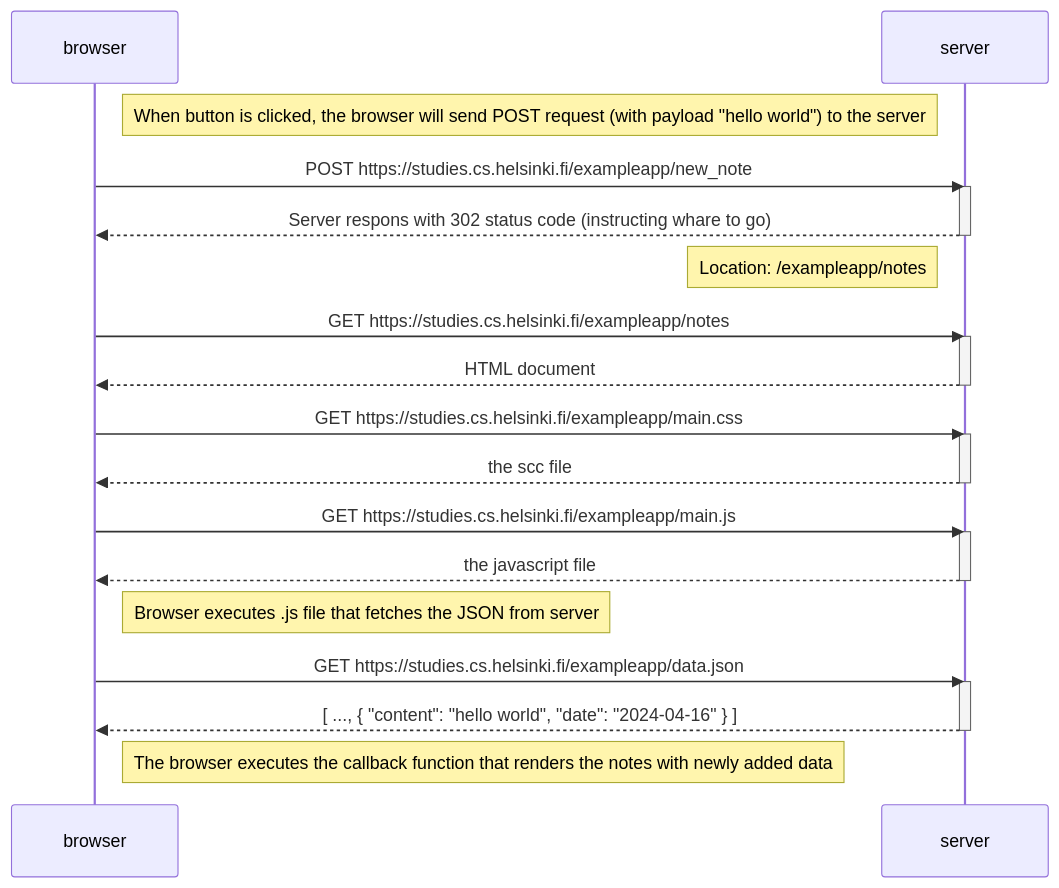
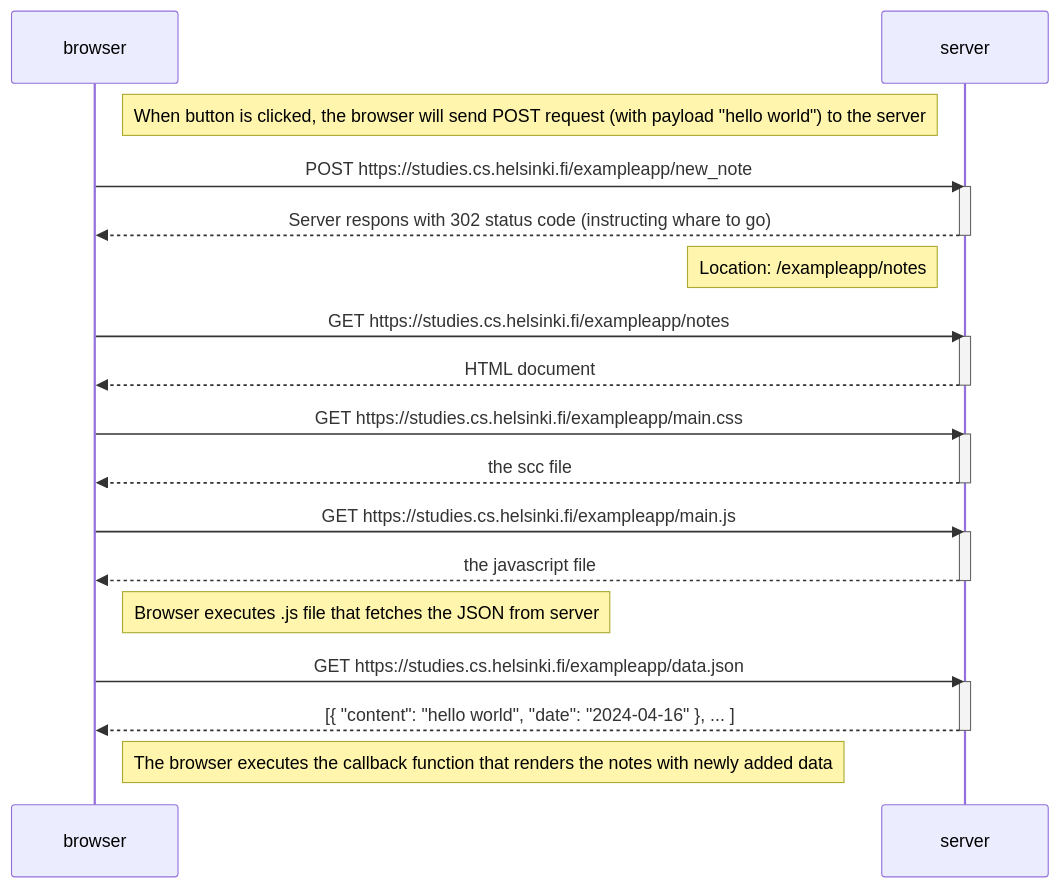
One commit to giorgiabes/full-stack-open changed the diagram in part0/newnote.md. Above: the diagram before and after it, drawn with Mermaid. The commit also changed 1 other file, not shown here.

````diff
--- a/part0/newnote.md
+++ b/part0/newnote.md
@@ -1,38 +1,38 @@
 ```mermaid
 sequenceDiagram
 participant b as browser
 participant s as server
 
 Note right of b: When button is clicked, the browser will send POST request (with payload "hello world") to the server
 
 b->>s: POST https://studies.cs.helsinki.fi/exampleapp/new_note
 activate s
 s-->> b: Server respons with 302 status code (instructing whare to go)
 deactivate s
 
 Note left of s: Location: /exampleapp/notes
 
 b->>s: GET https://studies.cs.helsinki.fi/exampleapp/notes
 activate s
 s-->> b: HTML document
 deactivate s
 
 b->>s: GET https://studies.cs.helsinki.fi/exampleapp/main.css
 activate s
 s-->> b: the scc file
 deactivate s
 
 b->>s: GET https://studies.cs.helsinki.fi/exampleapp/main.js
 activate s
 s-->> b: the javascript file
 deactivate s
 
 Note right of b: Browser executes .js file that fetches the JSON from server
 
 b->>s: GET https://studies.cs.helsinki.fi/exampleapp/data.json
 activate s
-s-->> b: [ ..., { "content": "hello world", "date": "2024-04-16" } ]
+s-->> b: [{ "content": "hello world", "date": "2024-04-16" }, ... ]
 deactivate s
 
 Note right of b: The browser executes the callback function that renders the notes with newly added data
 ```
````
